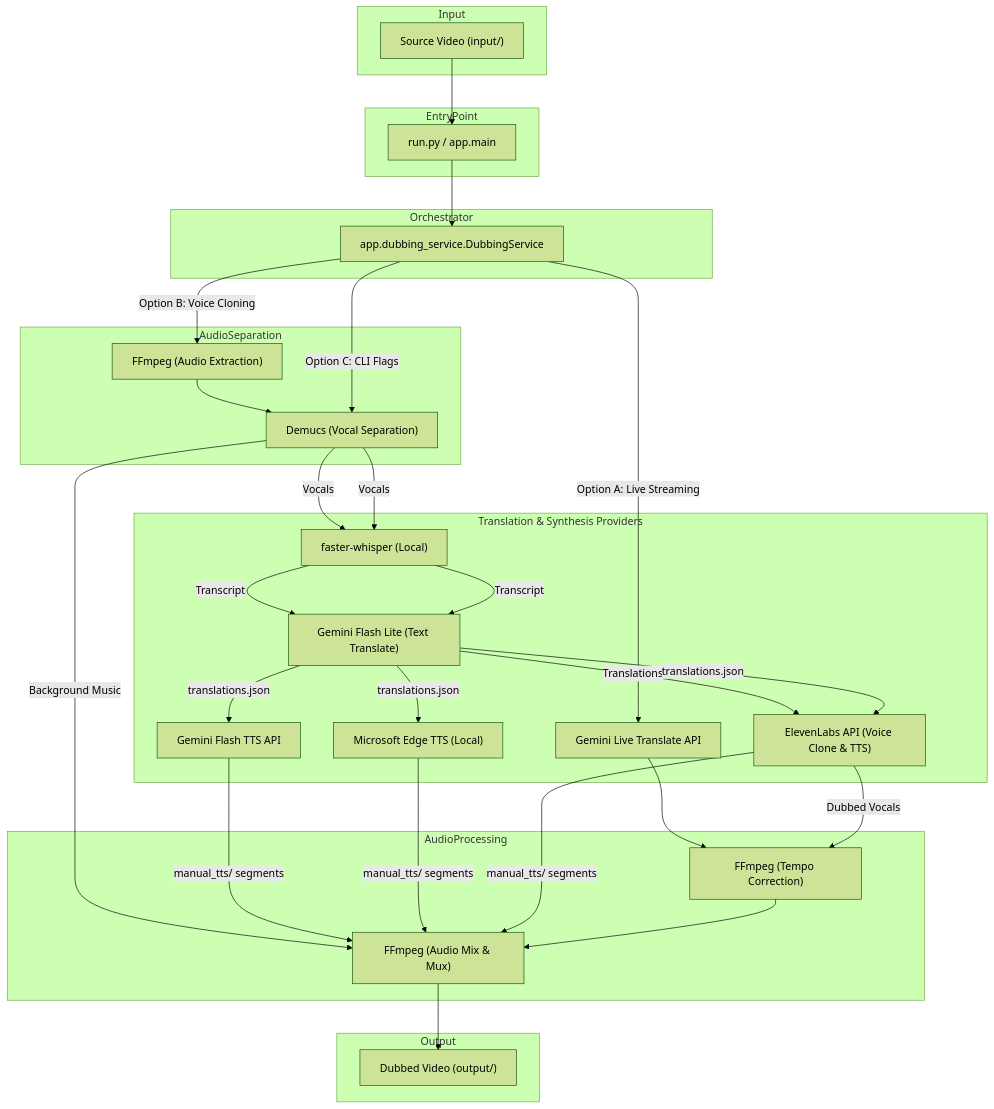
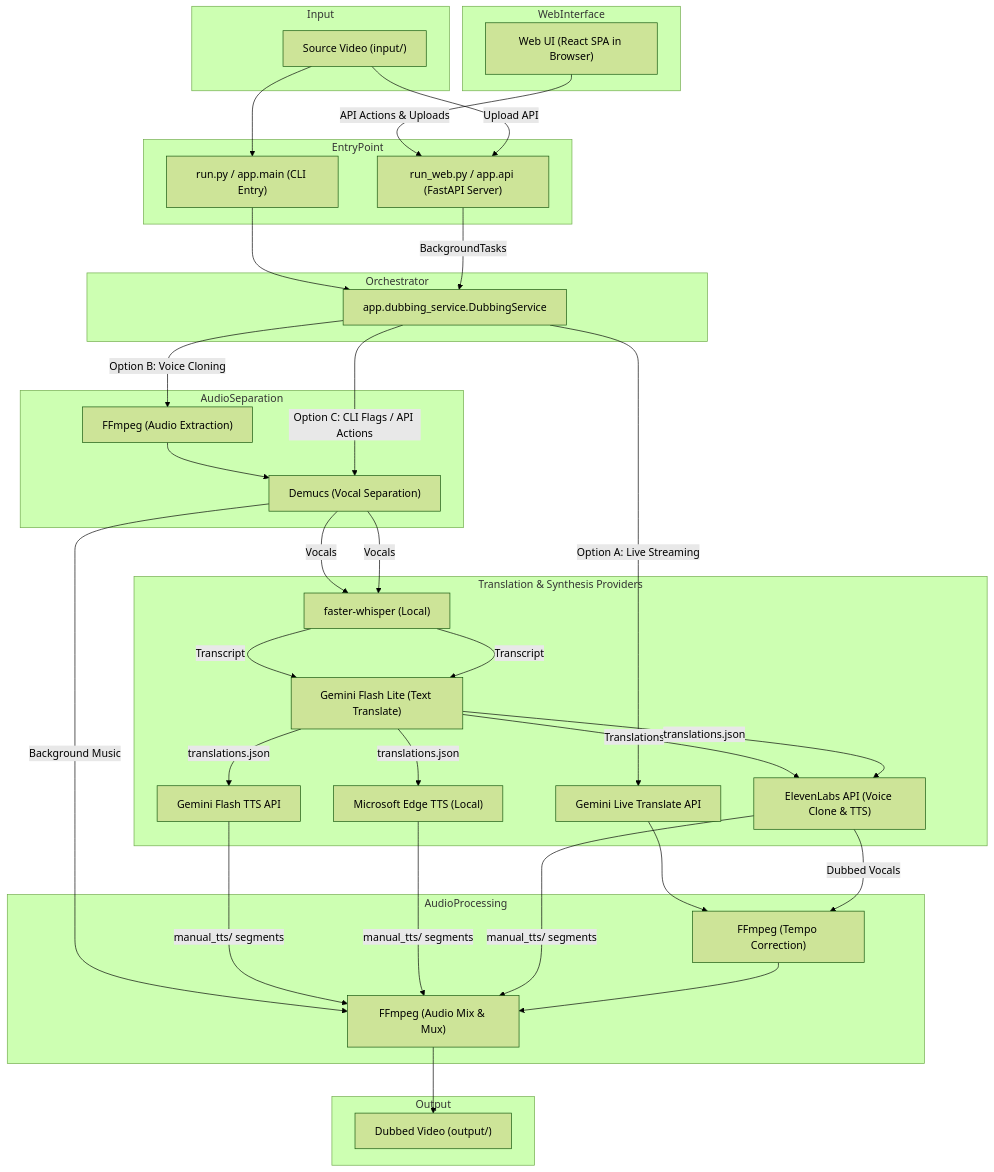
One commit to ariful-1122/Dubbing-Lab changed the diagram in Agents.md. Above: the diagram before and after it, drawn with Mermaid (forest theme). The commit also changed other lines of this file and 44 other files, not shown here.

````diff
--- a/Agents.md
+++ b/Agents.md
@@ -19,63 +21,71 @@
 ```mermaid
 graph TD
+    subgraph WebInterface
+        WebClient["Web UI (React SPA in Browser)"]
+    end
+
     subgraph Input
         Video["Source Video (input/)"]
     end
 
     subgraph EntryPoint
-        RunPy["run.py / app.main"]
+        RunPy["run.py / app.main (CLI Entry)"]
+        RunWebPy["run_web.py / app.api (FastAPI Server)"]
     end
 
     subgraph Orchestrator
         DubService["app.dubbing_service.DubbingService"]
     end
 
     subgraph AudioSeparation
         Demucs["Demucs (Vocal Separation)"]
         FFmpegExt["FFmpeg (Audio Extraction)"]
     end
 
     subgraph TranslationTTS["Translation & Synthesis Providers"]
         GeminiLive["Gemini Live Translate API"]
         WhisperModel["faster-whisper (Local)"]
         GeminiFlash["Gemini Flash Lite (Text Translate)"]
         ElevenLabs["ElevenLabs API (Voice Clone & TTS)"]
         GeminiTTS["Gemini Flash TTS API"]
         EdgeTTS["Microsoft Edge TTS (Local)"]
     end
 
     subgraph AudioProcessing
         FFmpegSync["FFmpeg (Tempo Correction)"]
         FFmpegMix["FFmpeg (Audio Mix & Mux)"]
     end
 
     subgraph Output
         DubbedVideo["Dubbed Video (output/)"]
     end
 
+    WebClient -->|API Actions & Uploads| RunWebPy
+    Video -->|Upload API| RunWebPy
     Video --> RunPy
     RunPy --> DubService
+    RunWebPy -->|BackgroundTasks| DubService
     
     %% Automated Live Mode
     DubService -->|Option A: Live Streaming| GeminiLive
     GeminiLive --> FFmpegSync
     
     %% Automated Voice Cloning Mode
     DubService -->|Option B: Voice Cloning| FFmpegExt
     FFmpegExt --> Demucs
     Demucs -->|Vocals| WhisperModel
     WhisperModel -->|Transcript| GeminiFlash
     GeminiFlash -->|Translations| ElevenLabs
     ElevenLabs -->|Dubbed Vocals| FFmpegSync
     Demucs -->|Background Music| FFmpegMix
     
     %% Manual TTS Mode
-    DubService -->|Option C: CLI Flags| Demucs
+    DubService -->|Option C: CLI Flags / API Actions| Demucs
     Demucs -->|Vocals| WhisperModel
     WhisperModel -->|Transcript| GeminiFlash
     GeminiFlash -->|translations.json| GeminiTTS & EdgeTTS & ElevenLabs
     GeminiTTS & EdgeTTS & ElevenLabs -->|manual_tts/ segments| FFmpegMix
     
     FFmpegSync --> FFmpegMix
     FFmpegMix --> DubbedVideo
 ```
````
